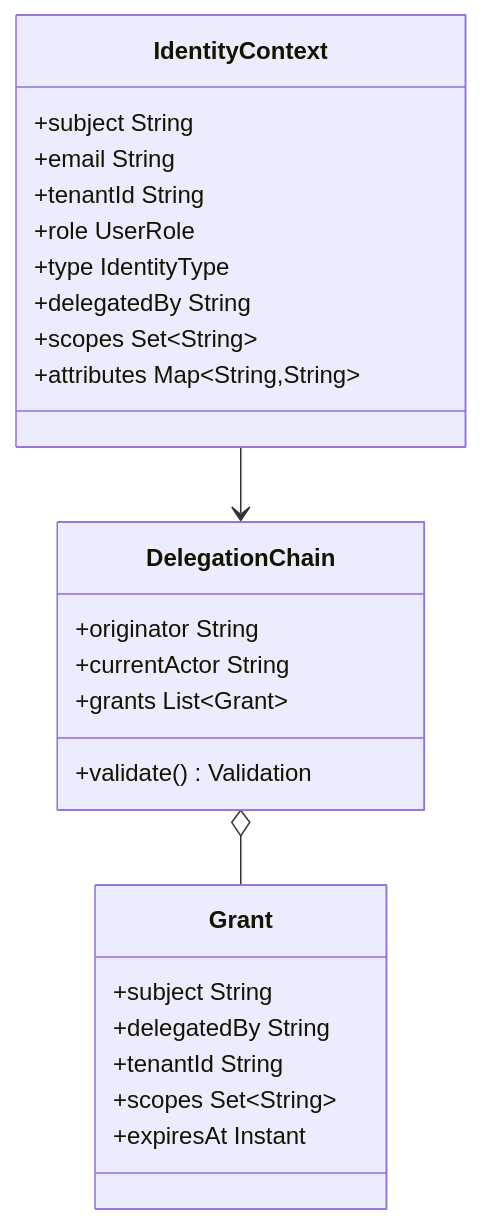
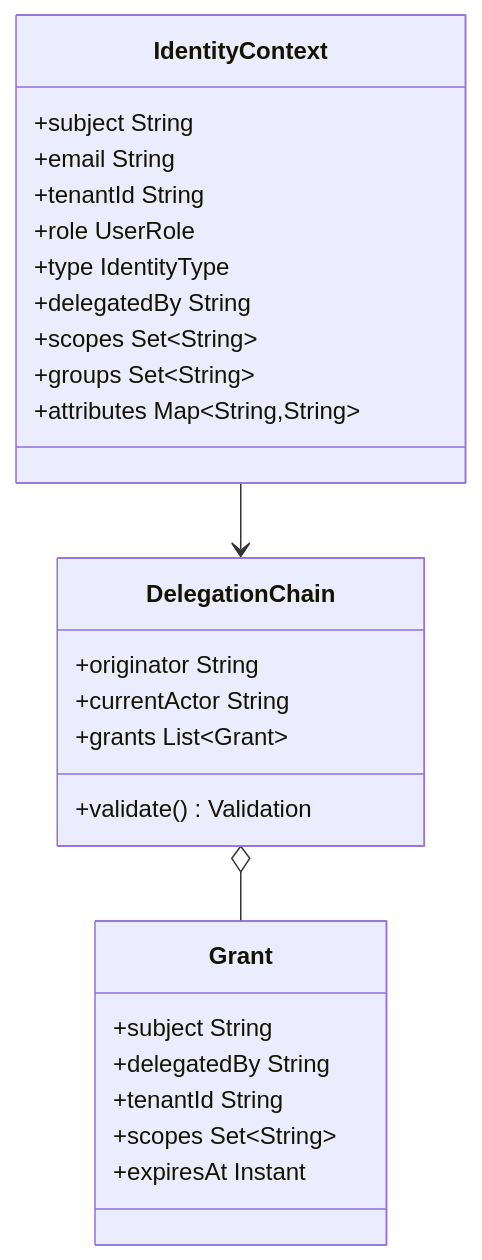
The second of 8 diagrams in docs/LLD.md (imvaibhavm/ai-iam-gateway), drawn with Mermaid before and after one commit. The commit also changed other lines of this file and 38 other files, not shown here.

````diff
--- a/docs/LLD.md
+++ b/docs/LLD.md
@@ -82,28 +82,29 @@
 ```mermaid
 classDiagram
     class IdentityContext {
       +subject String
       +email String
       +tenantId String
       +role UserRole
       +type IdentityType
       +delegatedBy String
       +scopes Set~String~
+      +groups Set~String~
       +attributes Map~String,String~
     }
     class DelegationChain {
       +originator String
       +currentActor String
       +grants List~Grant~
       +validate() Validation
     }
     class Grant {
       +subject String
       +delegatedBy String
       +tenantId String
       +scopes Set~String~
       +expiresAt Instant
     }
     IdentityContext --> DelegationChain
     DelegationChain o-- Grant
 ```
````
